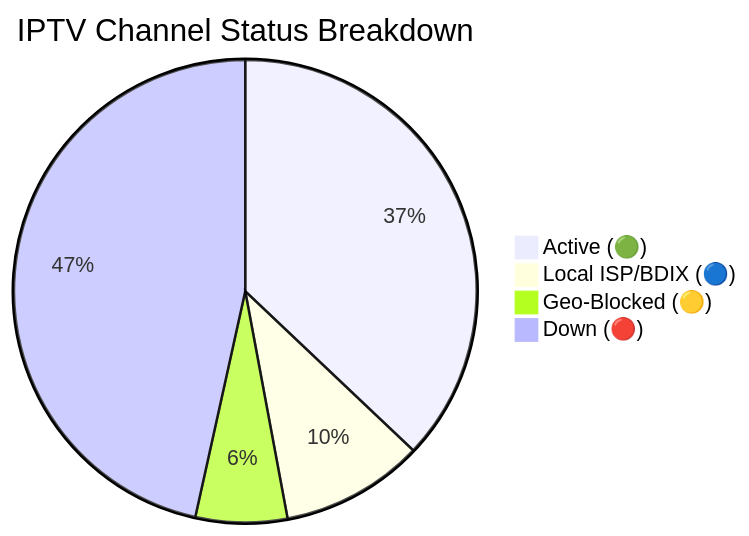
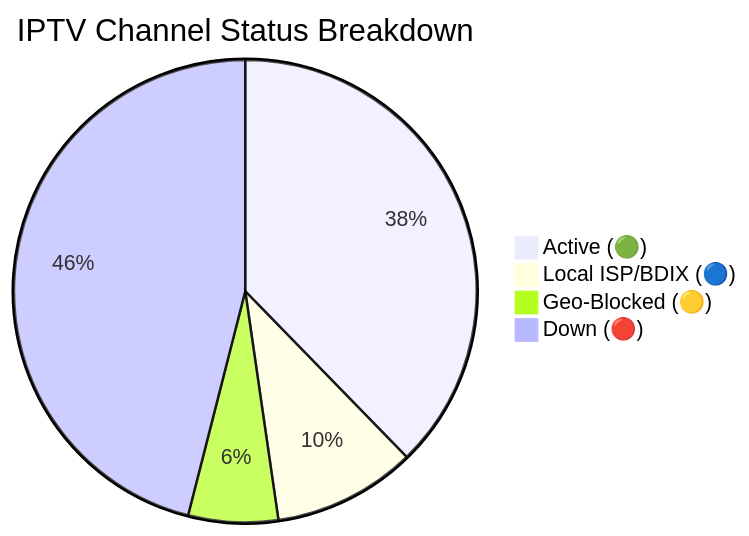
Before and after one commit to andreataylord/Ip-tv-Collection: the diagram in README.md, drawn with Mermaid. The commit also changed other lines of this file and 1 other file, not shown here.

Commit message:
docs(readme): auto-update daily channel status chart

````diff
--- a/README.md
+++ b/README.md
@@ -59,7 +59,7 @@
 ```mermaid
 pie title IPTV Channel Status Breakdown
-    "Active (🟢)" : 2914
+    "Active (🟢)" : 2964
     "Local ISP/BDIX (🔵)" : 786
-    "Geo-Blocked (🟡)" : 503
-    "Down (🔴)" : 3658
+    "Geo-Blocked (🟡)" : 493
+    "Down (🔴)" : 3618
 ```
````
